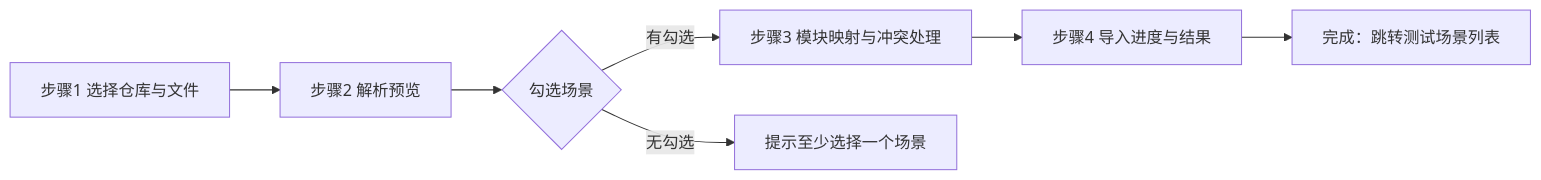
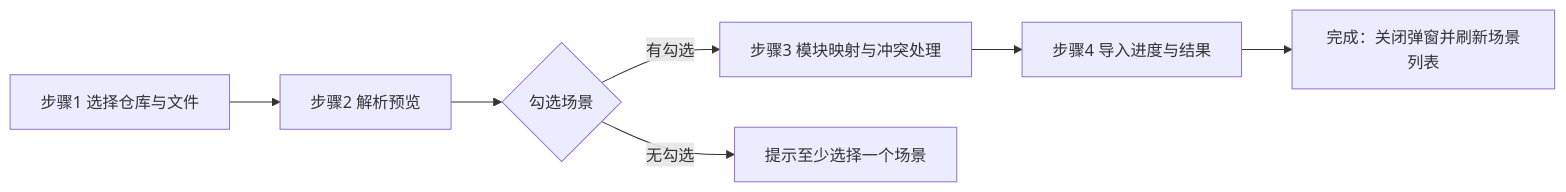
The diagram in docs/交互设计/GitLab集成交互设计.md (XiaoMiSum/robotest), drawn with Mermaid before and after one commit. The commit also changed other lines of this file and 20 other files, not shown here.

````diff
--- a/docs/交互设计/GitLab集成交互设计.md
+++ b/docs/交互设计/GitLab集成交互设计.md
@@ -129,9 +134,9 @@
 ```mermaid
 flowchart LR
     A[步骤1 选择仓库与文件] --> B[步骤2 解析预览]
     B --> C{勾选场景}
     C -->|有勾选| D[步骤3 模块映射与冲突处理]
     C -->|无勾选| E[提示至少选择一个场景]
     D --> F[步骤4 导入进度与结果]
-    F --> G[完成：跳转测试场景列表]
+    F --> G[完成：关闭弹窗并刷新场景列表]
 ```
````
